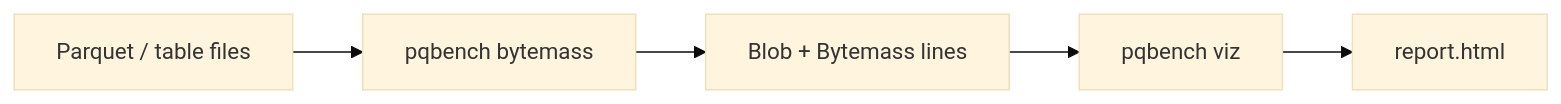
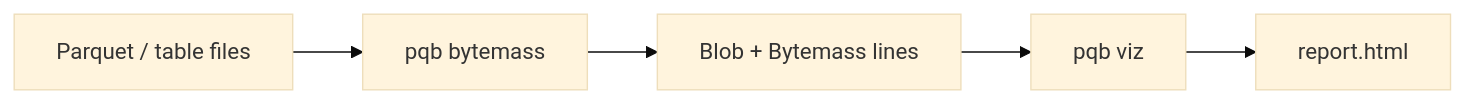
Before and after one commit to pqbench/pqbench: the diagram in docs/viz.md, drawn with Mermaid (base theme). The commit also changed other lines of this file and 38 other files, not shown here.

````diff
--- a/docs/viz.md
+++ b/docs/viz.md
@@ -20,7 +20,7 @@
 ```mermaid
 flowchart LR
-    files[Parquet / table files] --> bytemass[pqbench bytemass]
+    files[Parquet / table files] --> bytemass[pqb bytemass]
     bytemass --> stream["Blob + Bytemass lines"]
-    stream --> viz[pqbench viz]
+    stream --> viz[pqb viz]
     viz --> html[report.html]
 ```
````
